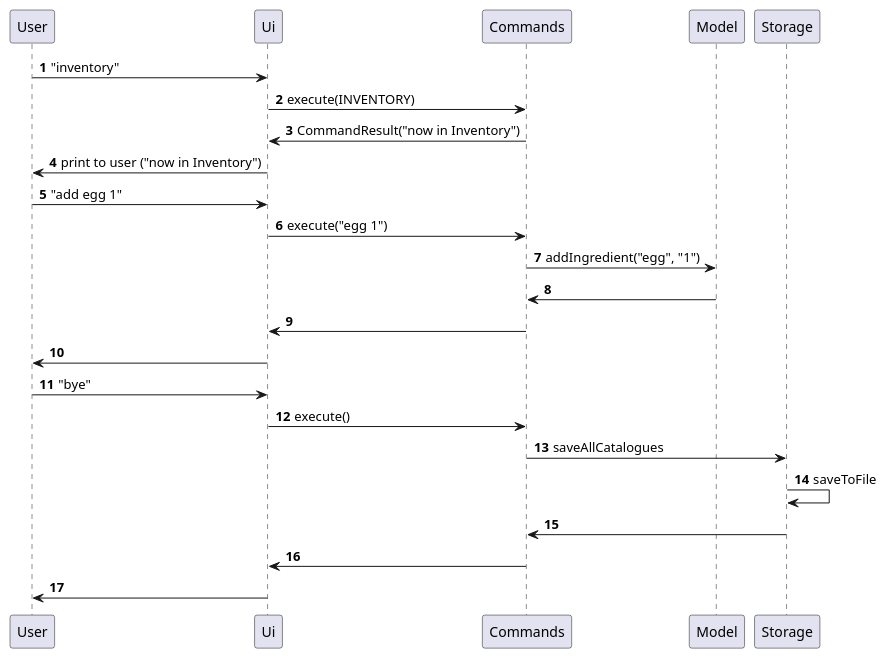
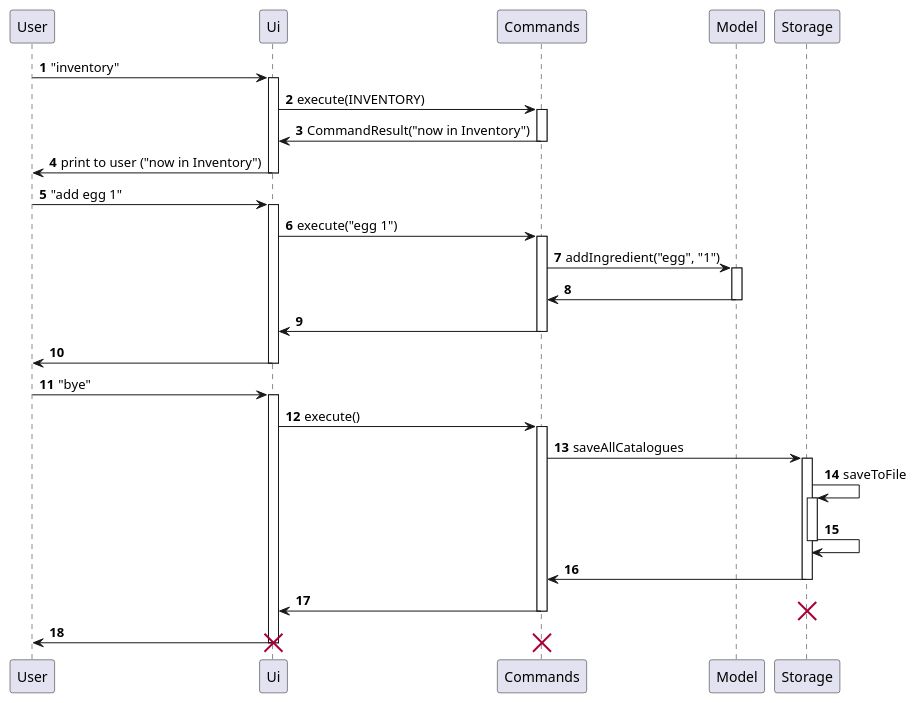
The diagram in docs/diagrams/architecture.puml (ChingWhee/tp), drawn with PlantUML before and after one commit. The commit also changed 2 other files, not shown here.

Commit message:
update diagrams

```diff
--- a/docs/diagrams/architecture.puml
+++ b/docs/diagrams/architecture.puml
@@ -1,26 +1,53 @@
 @startuml
 'https://plantuml.com/sequence-diagram
 
 autonumber
 
 User -> Ui: "inventory"
+activate Ui
 Ui -> Commands: execute(INVENTORY)
+activate Commands
 Commands -> Ui: CommandResult("now in Inventory")
+deactivate Commands
 Ui -> User: print to user ("now in Inventory")
+deactivate Ui
 
 User -> Ui: "add egg 1"
+activate Ui
 Ui -> Commands: execute("egg 1")
+activate Commands
 Commands -> Model : addIngredient("egg", "1")
+activate Model
 Model -> Commands
+deactivate Model
 Commands -> Ui
+deactivate Commands
 Ui -> User
+deactivate Ui
 
 User -> Ui: "bye"
+activate Ui
 Ui -> Commands: execute()
+activate Commands
 Commands -> Storage: saveAllCatalogues
+activate Storage
 Storage -> Storage: saveToFile
+activate Storage
+Storage -> Storage
+deactivate Storage
 Storage -> Commands
+deactivate Storage
+
 Commands -> Ui
+
+destroy Storage
+deactivate Commands
 Ui -> User
+destroy Commands
+deactivate Ui
+
+destroy Ui
+
+
 
 @enduml
```
